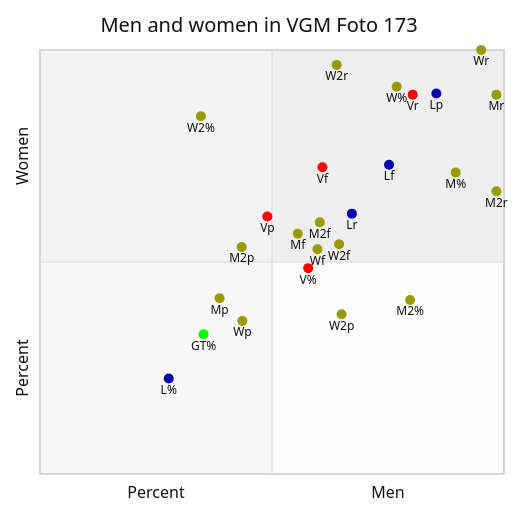
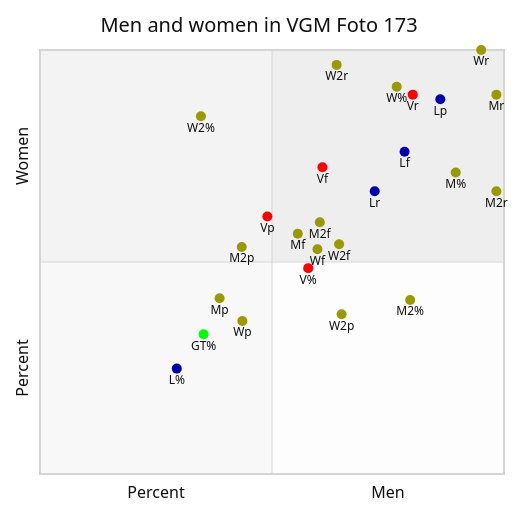
The fifth of 11 diagrams in browser/scatter.md (Modern36/tropes_1500), drawn with Mermaid (neutral theme) before and after one commit. The commit also changed other lines of this file and 36 other files, not shown here.

````diff
--- a/browser/scatter.md
+++ b/browser/scatter.md
@@ -159,32 +159,32 @@
 ```mermaid
 quadrantChart
     title Men and women in VGM Foto 173
     x-axis Percent --> Men
     y-axis Percent --> Women
     M%: [0.8959537572254336, 0.7109826589595376] color: #999900
     M2%: [0.7976878612716763, 0.41040462427745666] color: #999900
     W%: [0.7687861271676301, 0.9132947976878613] color: #999900
     W2%: [0.3468208092485549, 0.8439306358381503] color: #999900
     GT%: [0.35260115606936415, 0.32947976878612717] color: #00FF00
     V%: [0.5780346820809249, 0.48554913294797686] color: #FF0000
-    L%: [0.2774566473988439, 0.2254335260115607] color: #0000AA
-    Lf: [0.7522935779816514, 0.7291666666666666]  color: #0000AA
-    Lp: [0.8541666666666666, 0.8974358974358975]  color: #0000AA
-    Lr: [0.6721311475409836, 0.6140350877192983]  color: #0000AA
+    L%: [0.2947976878612717, 0.24855491329479767] color: #0000AA
+    Lf: [0.7857142857142857, 0.76]  color: #0000AA
+    Lp: [0.8627450980392157, 0.8837209302325582]  color: #0000AA
+    Lr: [0.7213114754098361, 0.6666666666666666]  color: #0000AA
     Vf: [0.6086956521739131, 0.723404255319149]  color: #FF0000
     Vp: [0.49, 0.6071428571428571]  color: #FF0000
     Vr: [0.8032786885245902, 0.8947368421052632]  color: #FF0000
     W2f: [0.6446280991735537, 0.541871921182266]  color: #999900
     W2p: [0.65, 0.3767123287671233]  color: #999900
     W2r: [0.639344262295082, 0.9649122807017544]  color: #999900
     Wf: [0.5979381443298969, 0.5302325581395348]  color: #999900
     Wp: [0.43609022556390975, 0.36075949367088606]  color: #999900
     Wr: [0.9508196721311475, 0.9999]  color: #999900
     M2f: [0.6030150753768844, 0.59375]  color: #999900
     M2p: [0.43478260869565216, 0.5352112676056338]  color: #999900
     M2r: [0.9836065573770492, 0.6666666666666666]  color: #999900
     Mf: [0.5555555555555556, 0.5666666666666667]  color: #999900
     Mp: [0.3870967741935484, 0.4146341463414634]  color: #999900
     Mr: [0.9836065573770492, 0.8947368421052632]  color: #999900
 
 ```
````
